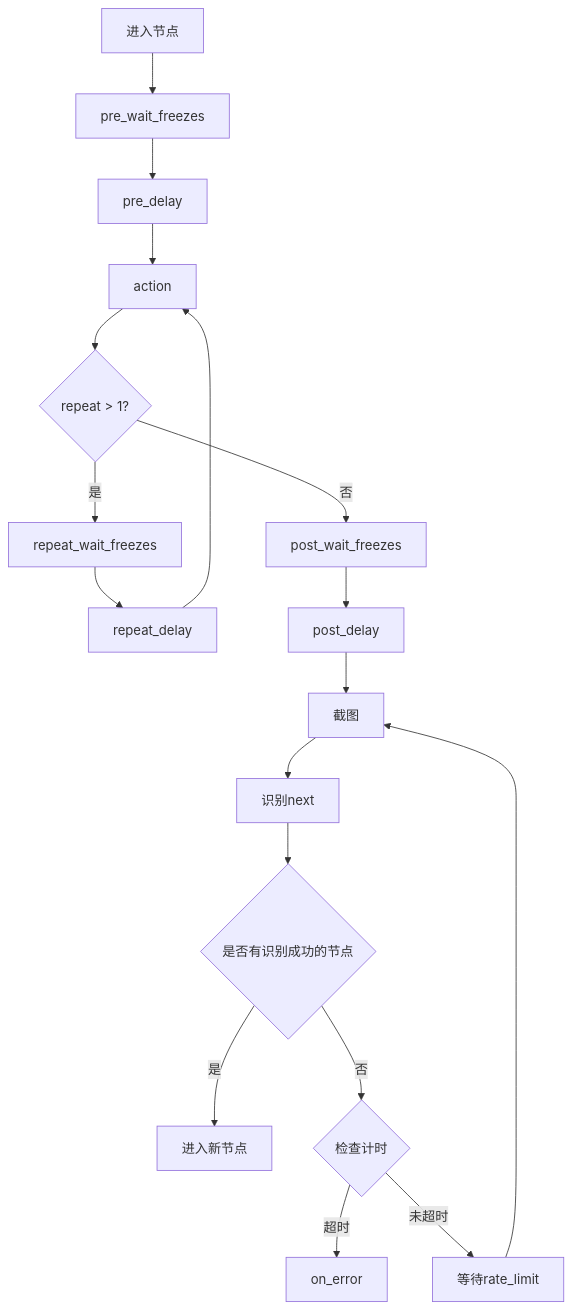
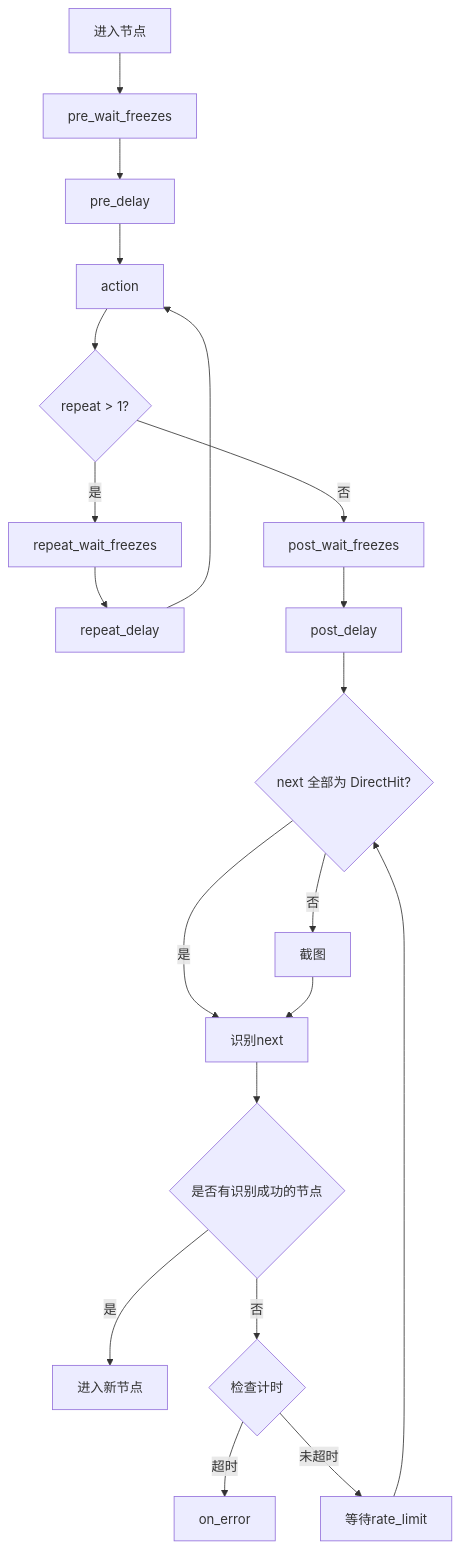
Before and after one commit to MaaXYZ/MaaFramework: the first of 4 diagrams in docs/zh_cn/3.1-任务流水线协议.md, drawn with Mermaid. The commit also changed other lines of this file and 6 other files, not shown here.

First line of the commit message:
fix: 全部 next 为 DirectHit 时跳过截图

````diff
--- a/docs/zh_cn/3.1-任务流水线协议.md
+++ b/docs/zh_cn/3.1-任务流水线协议.md
@@ -58,20 +59,22 @@
 ```mermaid
     flowchart TB
         A[进入节点] --> B[pre_wait_freezes]
         B --> C[pre_delay]
         C --> D[action]
         D --> M{"repeat > 1?"}
         M -->|是| N[repeat_wait_freezes]
         N --> O[repeat_delay]
         O --> D
         M -->|否| E[post_wait_freezes]
         E --> F[post_delay]
-        F --> P[截图]
-        P --> G[识别next]
+        F --> Q{"next 全部为 DirectHit?"}
+        Q -->|是| G[识别next]
+        Q -->|否| P[截图]
+        P --> G
         G --> H{"是否有识别成功的节点"}
         H -->|是| I[进入新节点]
         H -->|否| J{"检查计时"}
         J -->|超时| K[on_error]
         J -->|未超时| L[等待rate_limit]
-        L --> P
+        L --> Q
 ```
````
